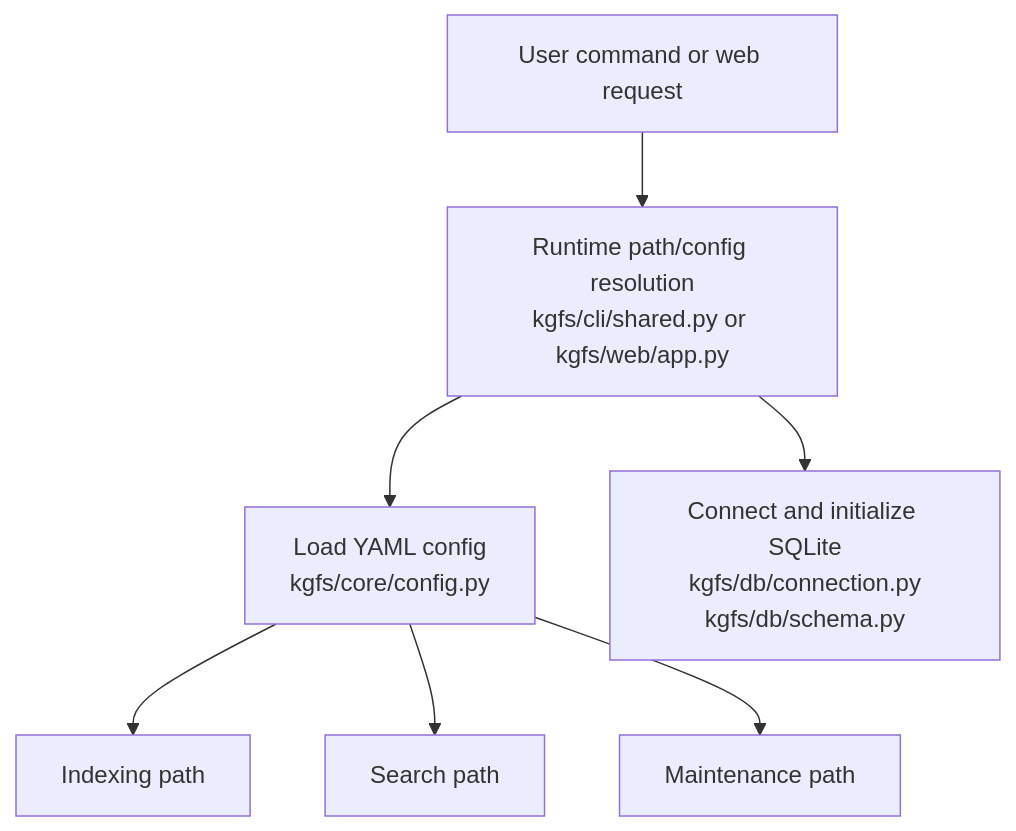
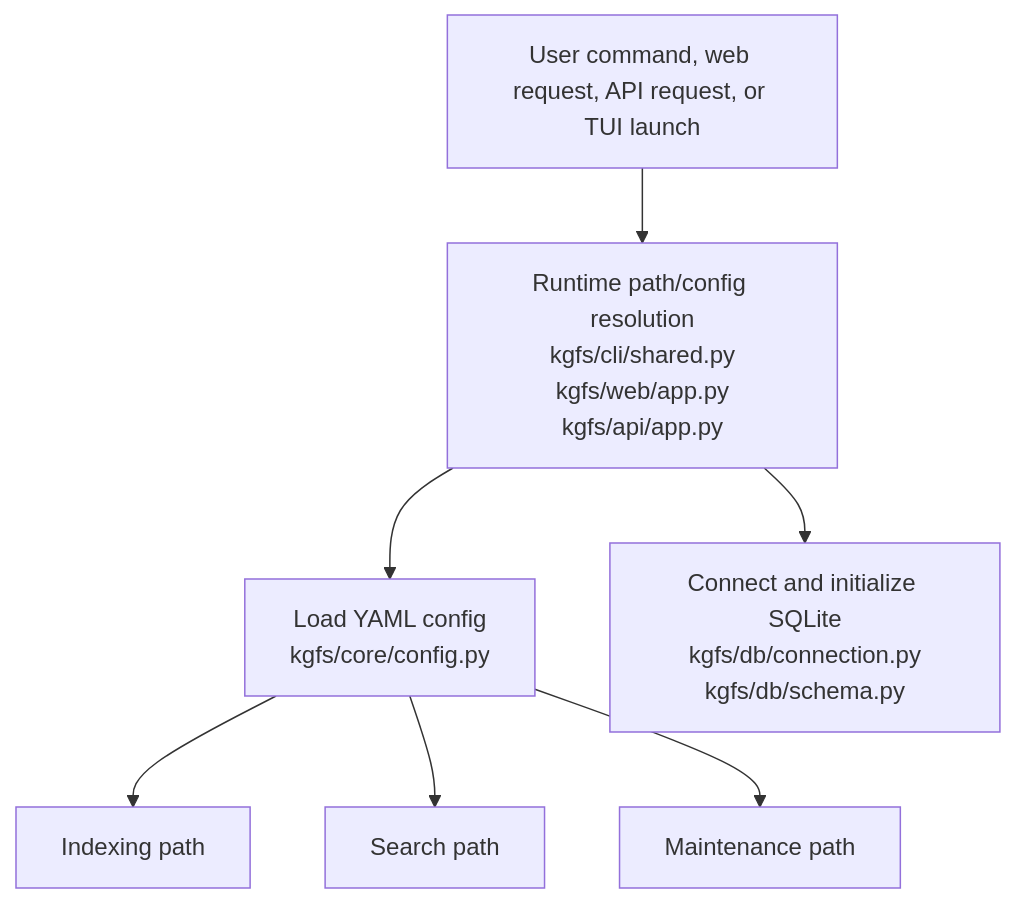
Before and after one commit to Kgray44/KG-File-Search: the first of 10 diagrams in docs/architecture.md, drawn with Mermaid. The commit also changed other lines of this file and 55 other files, not shown here.

````diff
--- a/docs/architecture.md
+++ b/docs/architecture.md
@@ -31,9 +34,9 @@
 ```mermaid
 flowchart TD
-    User["User command or web request"] --> Runtime["Runtime path/config resolution\nkgfs/cli/shared.py or kgfs/web/app.py"]
+    User["User command, web request, API request, or TUI launch"] --> Runtime["Runtime path/config resolution\nkgfs/cli/shared.py\nkgfs/web/app.py\nkgfs/api/app.py"]
     Runtime --> Config["Load YAML config\nkgfs/core/config.py"]
     Runtime --> DB["Connect and initialize SQLite\nkgfs/db/connection.py\nkgfs/db/schema.py"]
     Config --> Index["Indexing path"]
     Config --> Search["Search path"]
     Config --> Maintenance["Maintenance path"]
 ```
````
